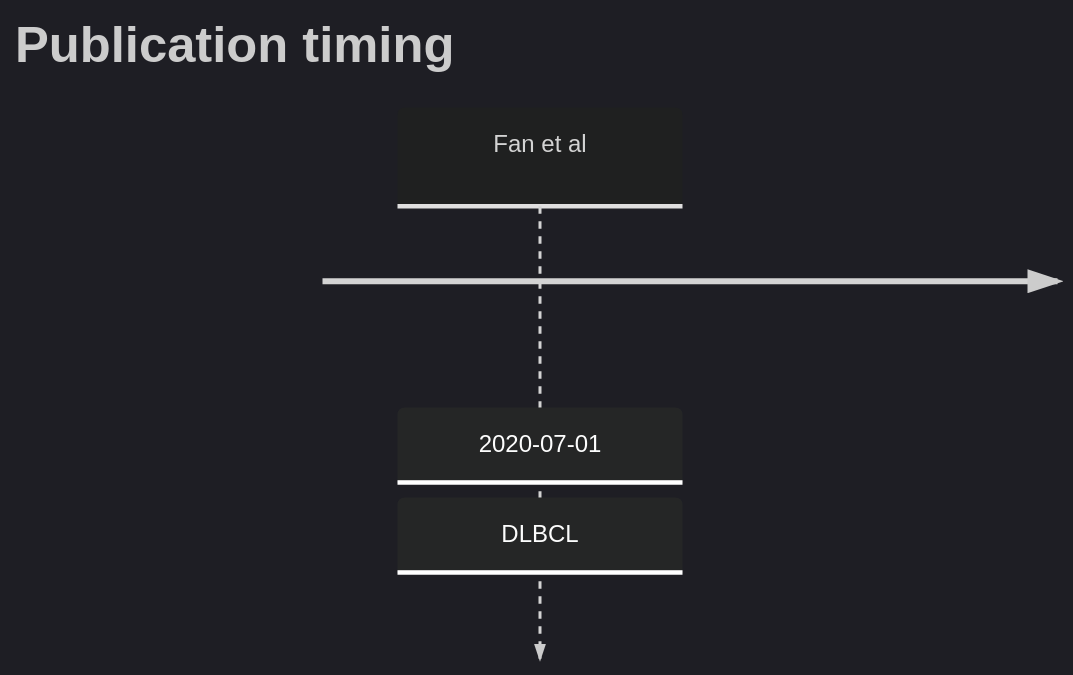
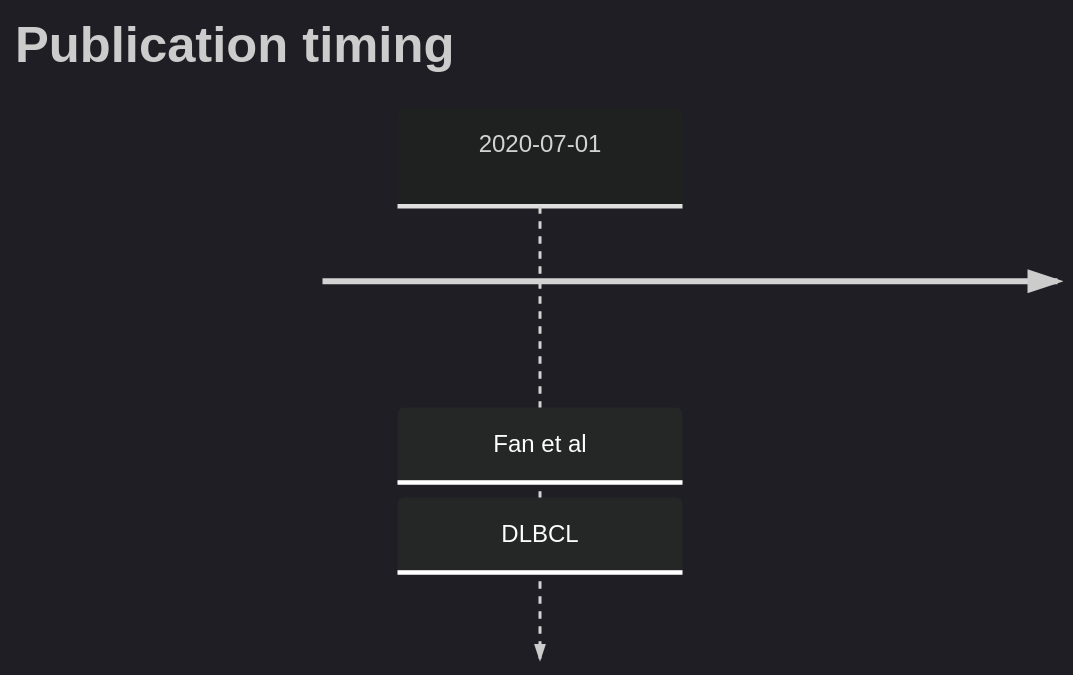
The diagram in mermaid_MAP2K3.md (morinlab/lymphopedia), drawn with Mermaid before and after one commit. The commit also changed 1 other file, not shown here.

````diff
--- a/mermaid_MAP2K3.md
+++ b/mermaid_MAP2K3.md
@@ -2,6 +2,6 @@
 ```mermaid
 %%{init: { 'logLevel': 'debug', 'theme': 'dark' } }%%
 timeline
     title Publication timing
-       Fan et al : 2020-07-01 : DLBCL
+       2020-07-01: Fan et al : DLBCL
 ```
````
